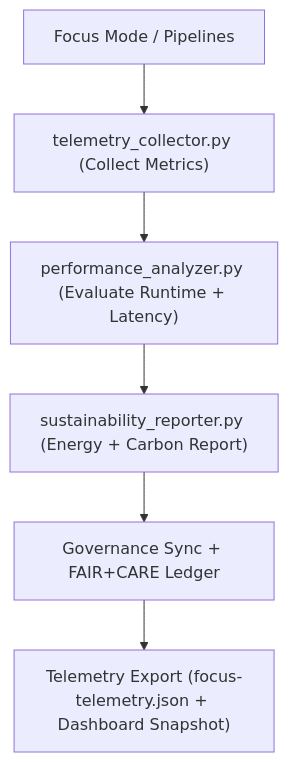
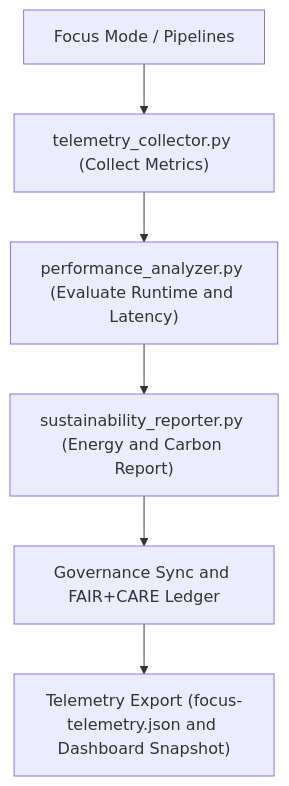
One commit to bartytime4life/Kansas-Frontier-Matrix changed the diagram in tools/telemetry/README.md. Above: the diagram before and after it, drawn with Mermaid. The commit also changed other lines of this file, not shown here.

````diff
--- a/tools/telemetry/README.md
+++ b/tools/telemetry/README.md
@@ -68,8 +66,8 @@
 ```mermaid
 flowchart TD
-A["Focus Mode / Pipelines"] --> B["telemetry_collector.py (Collect Metrics)"]
-B --> C["performance_analyzer.py (Evaluate Runtime + Latency)"]
-C --> D["sustainability_reporter.py (Energy + Carbon Report)"]
-D --> E["Governance Sync + FAIR+CARE Ledger"]
-E --> F["Telemetry Export (focus-telemetry.json + Dashboard Snapshot)"]
+    A["Focus Mode / Pipelines"] --> B["telemetry_collector.py (Collect Metrics)"]
+    B --> C["performance_analyzer.py (Evaluate Runtime and Latency)"]
+    C --> D["sustainability_reporter.py (Energy and Carbon Report)"]
+    D --> E["Governance Sync and FAIR+CARE Ledger"]
+    E --> F["Telemetry Export (focus-telemetry.json and Dashboard Snapshot)"]
 ```
````
